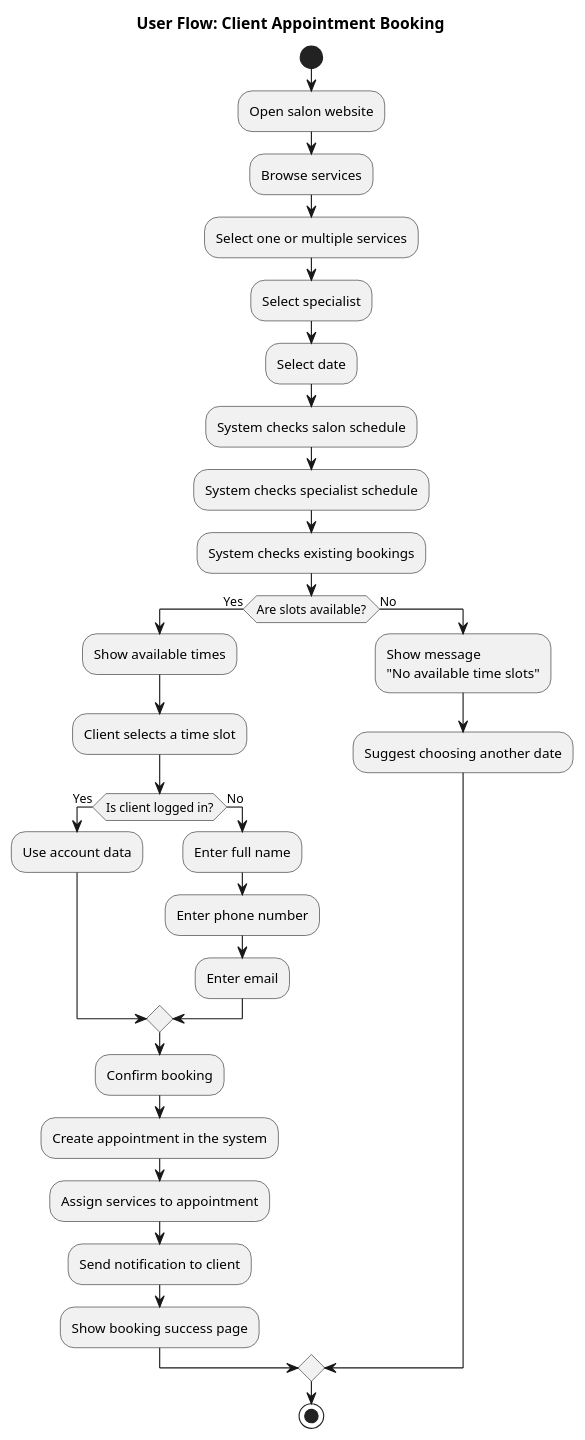
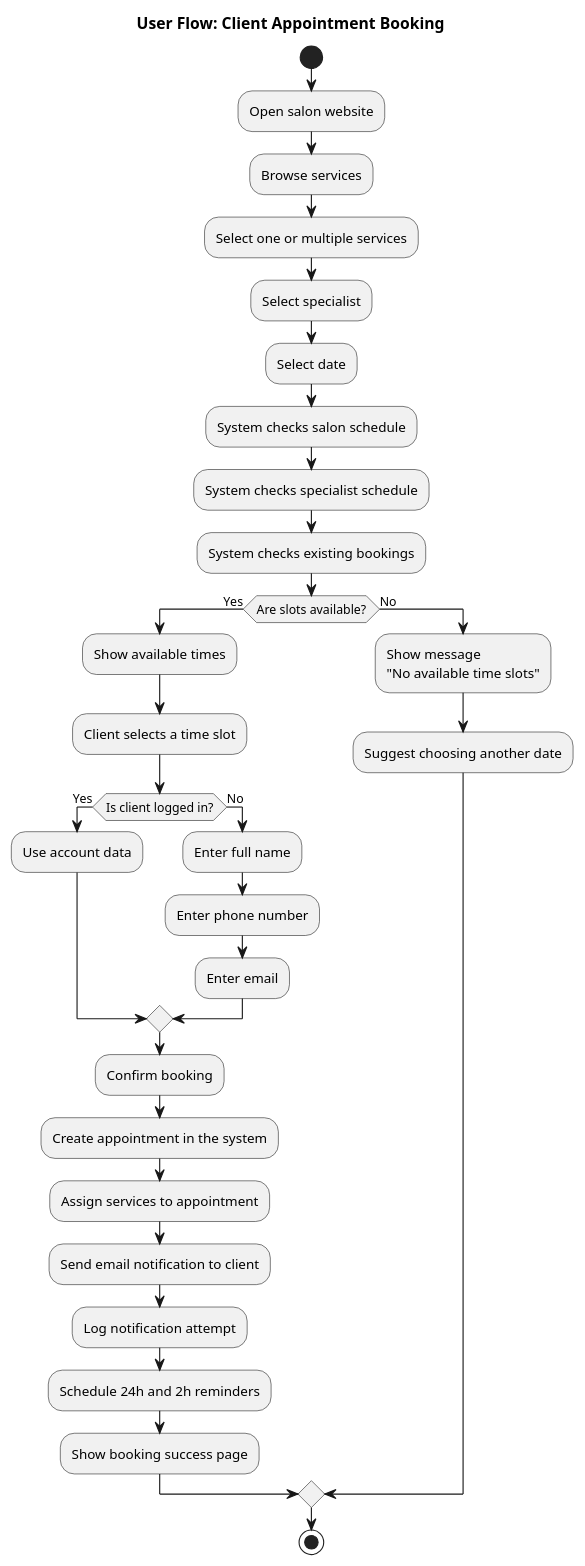
One commit to setbs/salon-crm changed the diagram in docs/activity-client.md. Above: the diagram before and after it, drawn with PlantUML. The commit also changed 26 other files, not shown here.

```diff
--- a/docs/activity-client.md
+++ b/docs/activity-client.md
@@ -1,44 +1,46 @@
 @startuml
 title User Flow: Client Appointment Booking
 
 start
 
 :Open salon website;
 
 :Browse services;
 :Select one or multiple services;
 
 :Select specialist;
 
 :Select date;
 
 :System checks salon schedule;
 :System checks specialist schedule;
 :System checks existing bookings;
 
 if (Are slots available?) then (Yes)
   :Show available times;
   :Client selects a time slot;
 
   if (Is client logged in?) then (Yes)
     :Use account data;
   else (No)
     :Enter full name;
     :Enter phone number;
     :Enter email;
   endif
 
   :Confirm booking;
 
   :Create appointment in the system;
   :Assign services to appointment;
-  :Send notification to client;
+  :Send email notification to client;
+  :Log notification attempt;
+  :Schedule 24h and 2h reminders;
   :Show booking success page;
 
 else (No)
   :Show message\n"No available time slots";
   :Suggest choosing another date;
 endif
 
 stop
 @enduml
```
